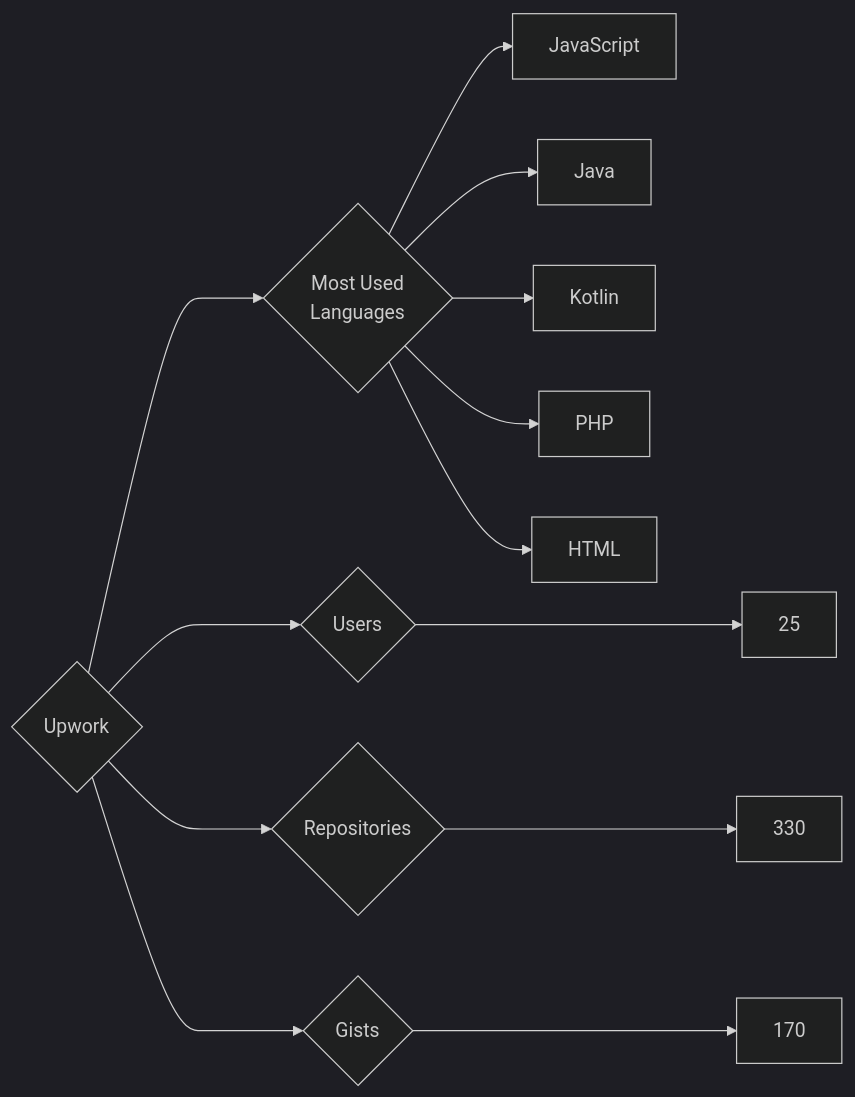
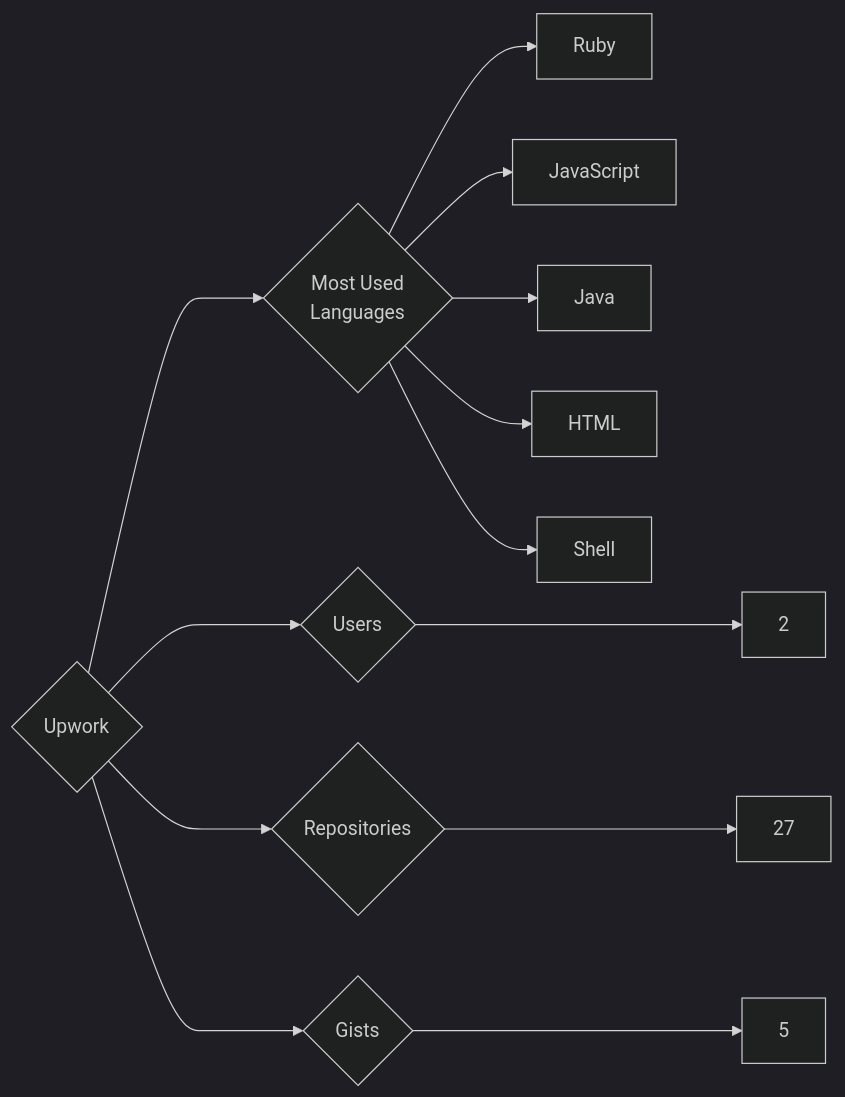
Before and after one commit to trickest/insiders: the diagram in targets/Upwork/README.md, drawn with Mermaid (dark theme). The commit also changed 794 other files, not shown here.

````diff
--- a/targets/Upwork/README.md
+++ b/targets/Upwork/README.md
@@ -3,13 +3,13 @@
 ```mermaid
 graph LR
 COMPANY_NAME{Upwork}
-COMPANY_NAME ---> U{Users} ---> UN[25]
-COMPANY_NAME ---> R{Repositories} ---> RN[330]
-COMPANY_NAME ---> G{Gists} ---> GN[170]
+COMPANY_NAME ---> U{Users} ---> UN[2]
+COMPANY_NAME ---> R{Repositories} ---> RN[27]
+COMPANY_NAME ---> G{Gists} ---> GN[5]
 COMPANY_NAME ---> ML{Most Used<br>Languages}
+ML --> Ruby[Ruby]
 ML --> JavaScript[JavaScript]
 ML --> Java[Java]
-ML --> Kotlin[Kotlin]
-ML --> PHP[PHP]
 ML --> HTML[HTML]
+ML --> Shell[Shell]
 ```
````
